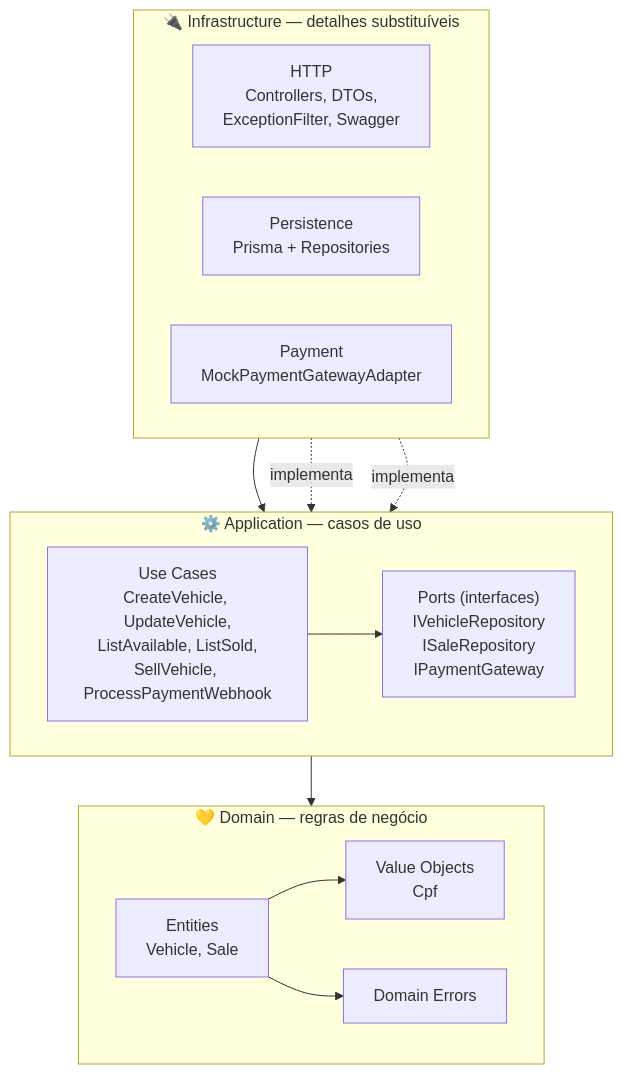
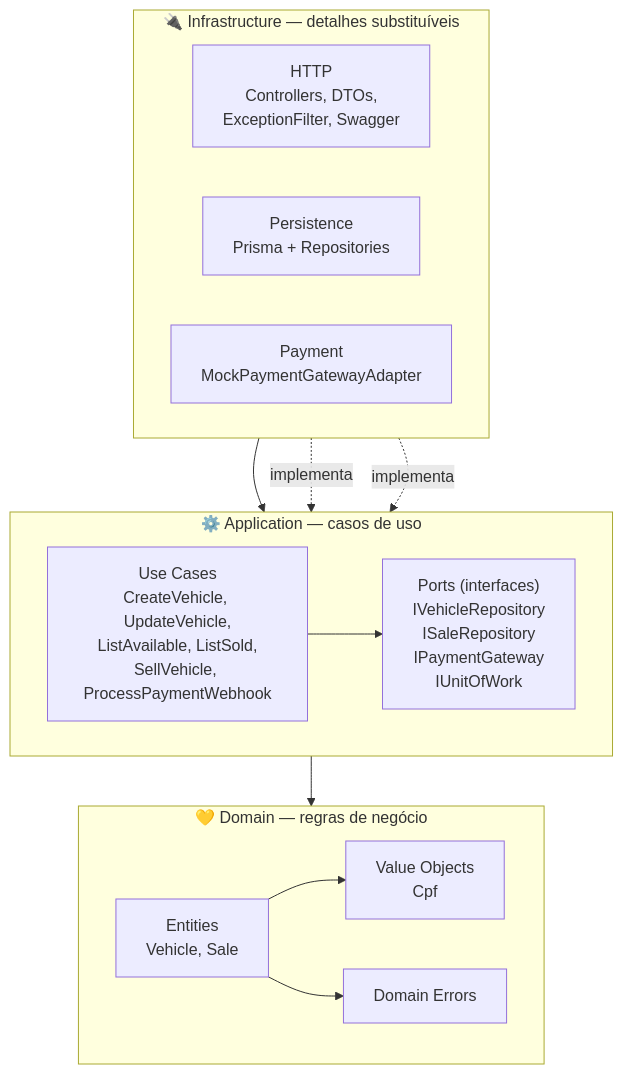
Before and after one commit to lucasreinaldo-bash/soat-vehicle-sales: the second of 3 diagrams in README.md, drawn with Mermaid. The commit also changed other lines of this file and 4 other files, not shown here.

````diff
--- a/README.md
+++ b/README.md
@@ -122,30 +122,30 @@
 ```mermaid
 flowchart TB
     subgraph INFRA["🔌 Infrastructure — detalhes substituíveis"]
         direction LR
         HTTP["HTTP<br/>Controllers, DTOs,<br/>ExceptionFilter, Swagger"]
         DB["Persistence<br/>Prisma + Repositories"]
         PAY["Payment<br/>MockPaymentGatewayAdapter"]
     end
 
     subgraph APP["⚙️ Application — casos de uso"]
         direction LR
         UC["Use Cases<br/>CreateVehicle, UpdateVehicle,<br/>ListAvailable, ListSold,<br/>SellVehicle, ProcessPaymentWebhook"]
-        PORTS["Ports (interfaces)<br/>IVehicleRepository<br/>ISaleRepository<br/>IPaymentGateway"]
+        PORTS["Ports (interfaces)<br/>IVehicleRepository<br/>ISaleRepository<br/>IPaymentGateway<br/>IUnitOfWork"]
     end
 
     subgraph DOMAIN["💛 Domain — regras de negócio"]
         direction LR
         ENT["Entities<br/>Vehicle, Sale"]
         VO["Value Objects<br/>Cpf"]
         ERR["Domain Errors"]
     end
 
     HTTP --> UC
     DB -.implementa.-> PORTS
     PAY -.implementa.-> PORTS
     UC --> PORTS
     UC --> ENT
     ENT --> VO
     ENT --> ERR
 ```
````
